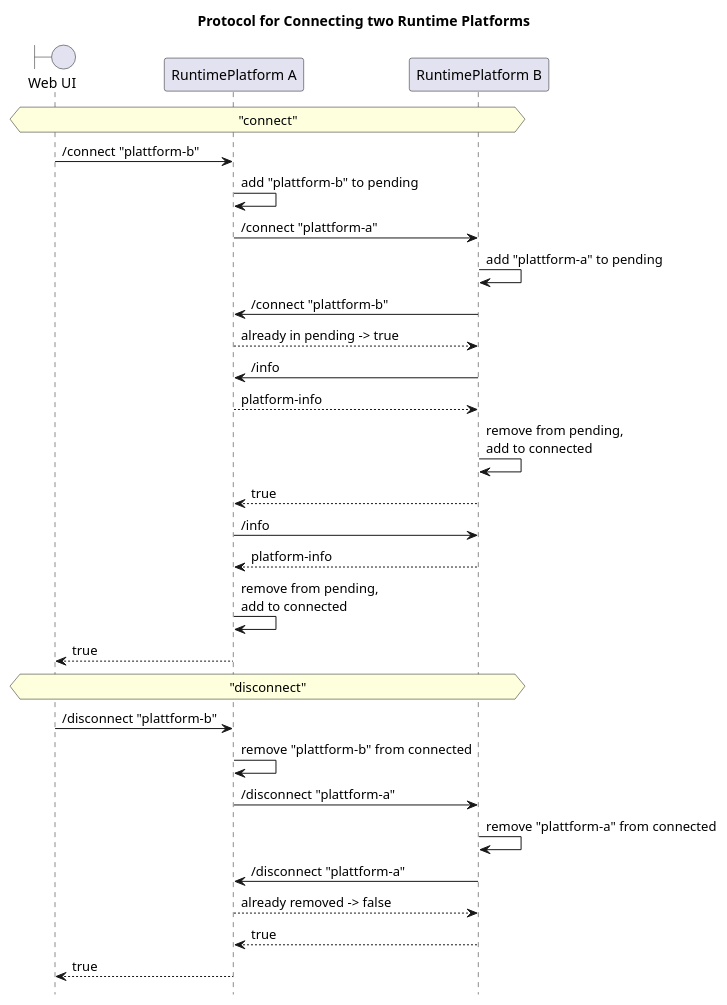
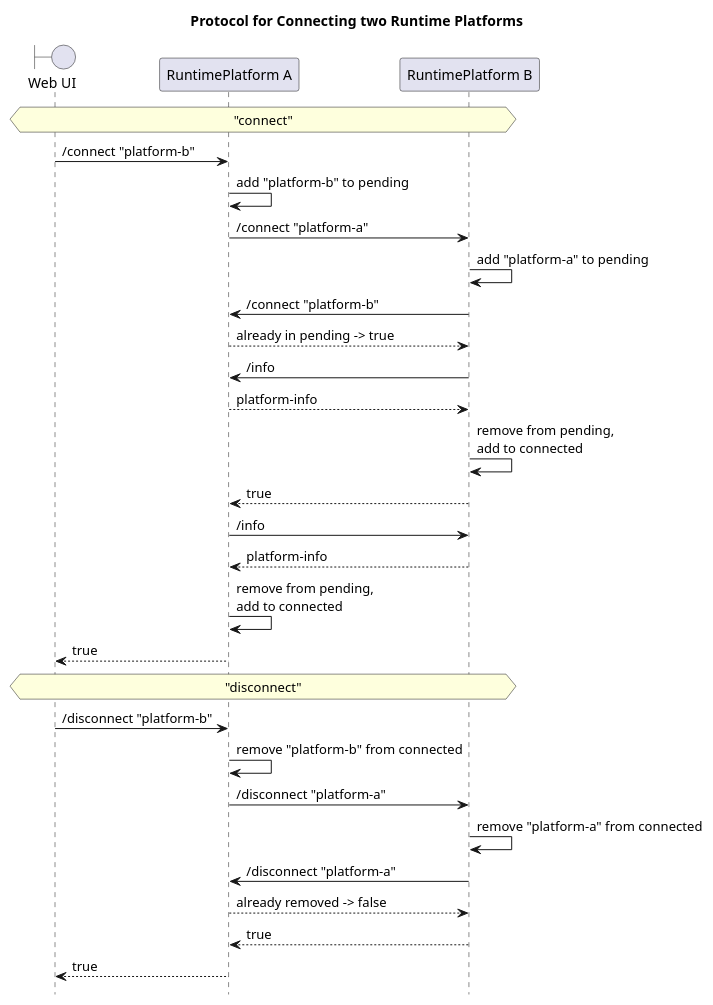
One commit to GT-ARC/opaca-core changed the diagram in doc/connect-platform.puml. Above: the diagram before and after it, drawn with PlantUML. The commit also changed 8 other files, not shown here.

```diff
--- a/doc/connect-platform.puml
+++ b/doc/connect-platform.puml
@@ -1,39 +1,39 @@
 @startuml
 'https://plantuml.com/sequence-diagram
 
 hide footbox
 boundary "Web UI" as U
 participant "RuntimePlatform A" as A
 participant "RuntimePlatform B" as B
 
 title Protocol for Connecting two Runtime Platforms
 
 hnote across: "connect"
 
-U -> A: /connect "plattform-b"
-A -> A: add "plattform-b" to pending
-A -> B: /connect "plattform-a"
-B -> B: add "plattform-a" to pending
-B -> A: /connect "plattform-b"
+U -> A: /connect "platform-b"
+A -> A: add "platform-b" to pending
+A -> B: /connect "platform-a"
+B -> B: add "platform-a" to pending
+B -> A: /connect "platform-b"
 A --> B: already in pending -> true
 B -> A: /info
 A --> B: platform-info
 B -> B: remove from pending,\nadd to connected
 B --> A: true
 A -> B: /info
 B --> A: platform-info
 A -> A: remove from pending,\nadd to connected
 A --> U: true
 
 hnote across: "disconnect"
 
-U -> A: /disconnect "plattform-b"
-A -> A: remove "plattform-b" from connected
-A -> B: /disconnect "plattform-a"
-B -> B: remove "plattform-a" from connected
-B -> A: /disconnect "plattform-a"
+U -> A: /disconnect "platform-b"
+A -> A: remove "platform-b" from connected
+A -> B: /disconnect "platform-a"
+B -> B: remove "platform-a" from connected
+B -> A: /disconnect "platform-a"
 A --> B: already removed -> false
 B --> A: true
 A --> U: true
 
 @enduml
```
